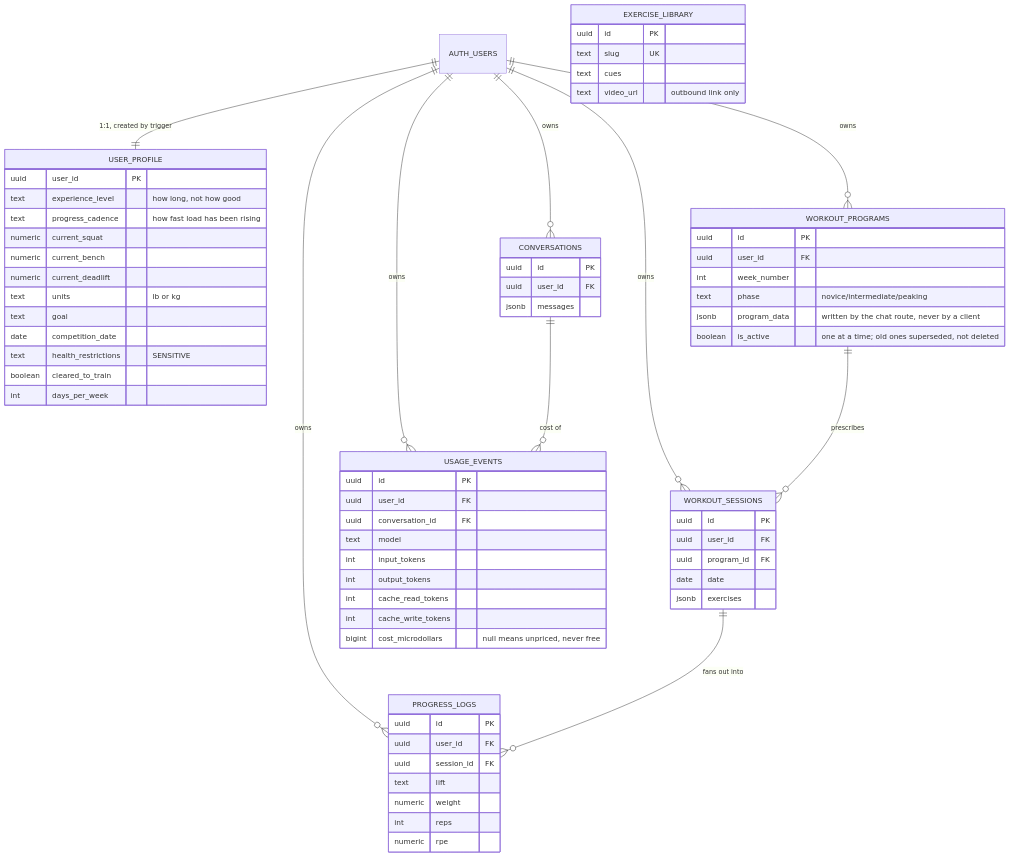
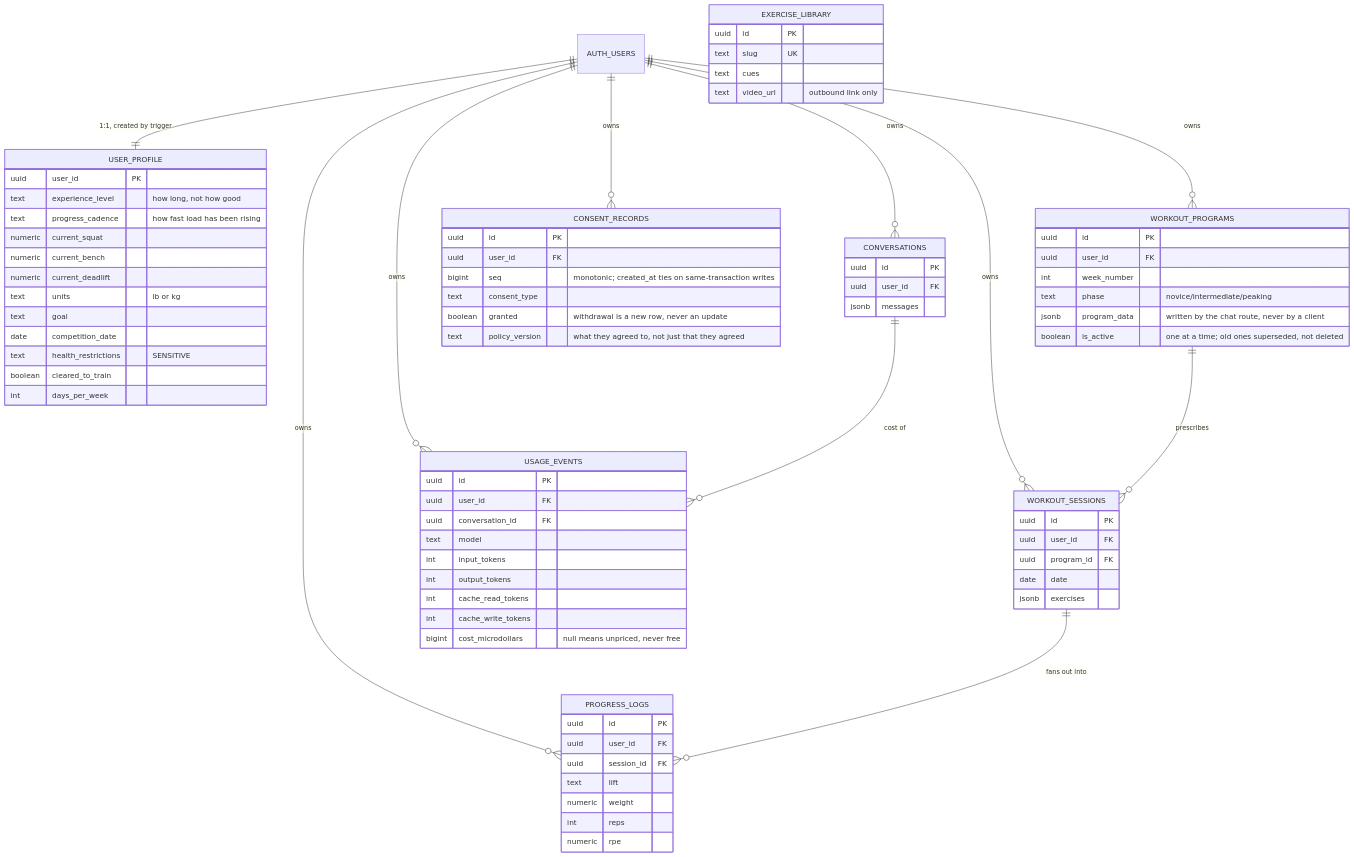
One commit to keepitonthehushhush/powerlifting-ai-coach changed the third of 3 diagrams in docs/ARCHITECTURE.md. Above: the diagram before and after it, drawn with Mermaid. The commit also changed other lines of this file and 2 other files, not shown here.

````diff
--- a/docs/ARCHITECTURE.md
+++ b/docs/ARCHITECTURE.md
@@ -108,73 +108,82 @@
 ```mermaid
 erDiagram
     AUTH_USERS ||--|| USER_PROFILE : "1:1, created by trigger"
     AUTH_USERS ||--o{ WORKOUT_PROGRAMS : owns
     AUTH_USERS ||--o{ WORKOUT_SESSIONS : owns
     AUTH_USERS ||--o{ PROGRESS_LOGS : owns
     AUTH_USERS ||--o{ CONVERSATIONS : owns
     AUTH_USERS ||--o{ USAGE_EVENTS : owns
+    AUTH_USERS ||--o{ CONSENT_RECORDS : owns
     CONVERSATIONS ||--o{ USAGE_EVENTS : "cost of"
     WORKOUT_PROGRAMS ||--o{ WORKOUT_SESSIONS : prescribes
     WORKOUT_SESSIONS ||--o{ PROGRESS_LOGS : "fans out into"
 
     USER_PROFILE {
         uuid user_id PK
         text experience_level "how long, not how good"
         text progress_cadence "how fast load has been rising"
         numeric current_squat
         numeric current_bench
         numeric current_deadlift
         text units "lb or kg"
         text goal
         date competition_date
         text health_restrictions "SENSITIVE"
         boolean cleared_to_train
         int days_per_week
     }
     WORKOUT_PROGRAMS {
         uuid id PK
         uuid user_id FK
         int week_number
         text phase "novice/intermediate/peaking"
         jsonb program_data "written by the chat route, never by a client"
         boolean is_active "one at a time; old ones superseded, not deleted"
     }
     USAGE_EVENTS {
         uuid id PK
         uuid user_id FK
         uuid conversation_id FK
         text model
         int input_tokens
         int output_tokens
         int cache_read_tokens
         int cache_write_tokens
         bigint cost_microdollars "null means unpriced, never free"
     }
     WORKOUT_SESSIONS {
         uuid id PK
         uuid user_id FK
         uuid program_id FK
         date date
         jsonb exercises
     }
     PROGRESS_LOGS {
         uuid id PK
         uuid user_id FK
         uuid session_id FK
         text lift
         numeric weight
         int reps
         numeric rpe
     }
     CONVERSATIONS {
         uuid id PK
         uuid user_id FK
         jsonb messages
     }
+    CONSENT_RECORDS {
+        uuid id PK
+        uuid user_id FK
+        bigint seq "monotonic; created_at ties on same-transaction writes"
+        text consent_type
+        boolean granted "withdrawal is a new row, never an update"
+        text policy_version "what they agreed to, not just that they agreed"
+    }
     EXERCISE_LIBRARY {
         uuid id PK
         text slug UK
         text cues
         text video_url "outbound link only"
     }
 ```
````
